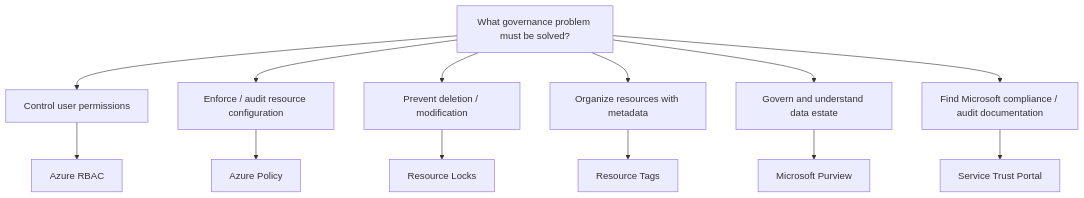
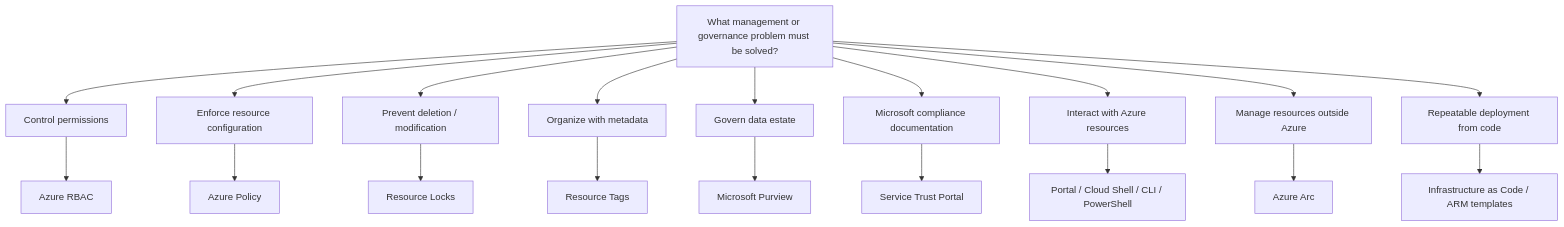
One commit to zhyordanova/azure-fundamentals-handbook changed the diagram in exam/decision-trees/governance-decision-tree.md. Above: the diagram before and after it, drawn with Mermaid. The commit also changed other lines of this file and 13 other files, not shown here.

````diff
--- a/exam/decision-trees/governance-decision-tree.md
+++ b/exam/decision-trees/governance-decision-tree.md
@@ -5,18 +5,24 @@
 ```mermaid
 flowchart TD
-    A["What governance problem must be solved?"]
+    A["What management or governance problem must be solved?"]
 
-    A --> B["Control user permissions"]
-    A --> C["Enforce / audit resource configuration"]
+    A --> B["Control permissions"]
+    A --> C["Enforce resource configuration"]
     A --> D["Prevent deletion / modification"]
-    A --> E["Organize resources with metadata"]
-    A --> F["Govern and understand data estate"]
-    A --> G["Find Microsoft compliance / audit documentation"]
+    A --> E["Organize with metadata"]
+    A --> F["Govern data estate"]
+    A --> G["Microsoft compliance documentation"]
+    A --> H["Interact with Azure resources"]
+    A --> I["Manage resources outside Azure"]
+    A --> J["Repeatable deployment from code"]
 
     B --> RBAC["Azure RBAC"]
     C --> POLICY["Azure Policy"]
     D --> LOCKS["Resource Locks"]
     E --> TAGS["Resource Tags"]
     F --> PURVIEW["Microsoft Purview"]
     G --> TRUST["Service Trust Portal"]
+    H --> H1["Portal / Cloud Shell / CLI / PowerShell"]
+    I --> ARC["Azure Arc"]
+    J --> IAC["Infrastructure as Code / ARM templates"]
 ```
````
